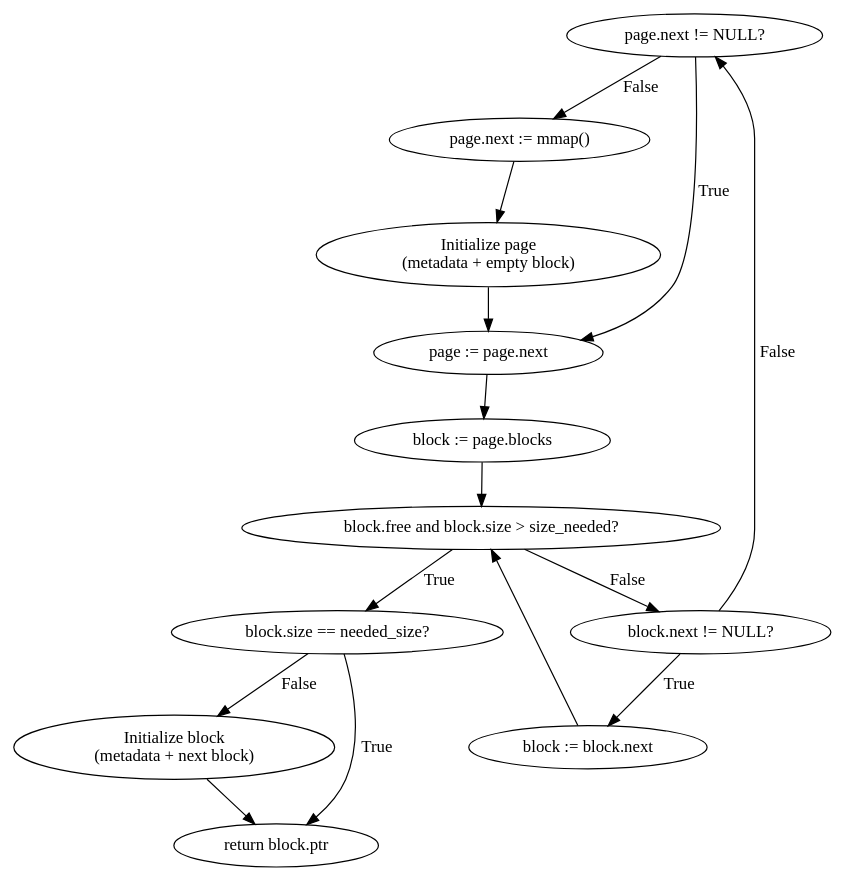
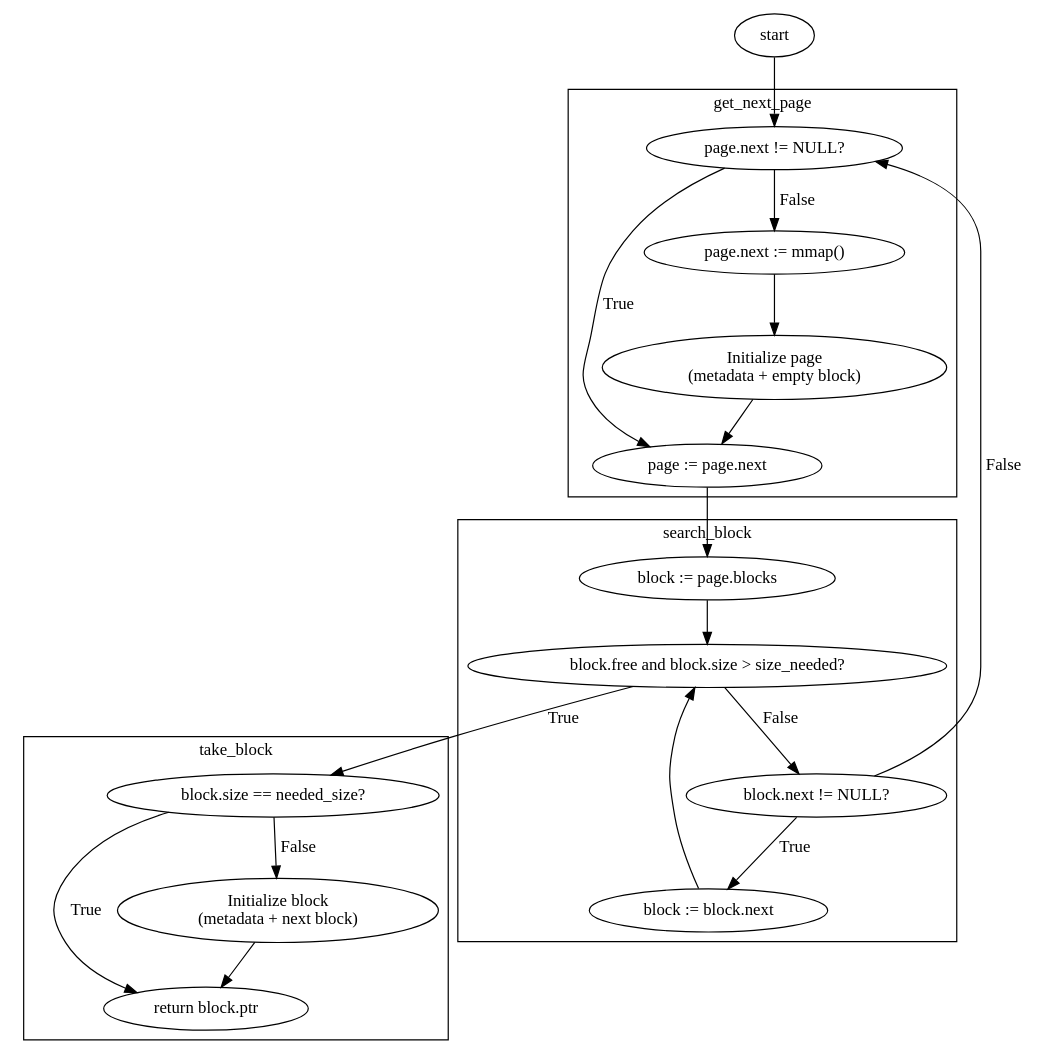
Before and after one commit to nootr/ilo: the diagram in docs/graphs/malloc.dot, drawn with Graphviz.

Commit message:
Update malloc flowchart

```diff
--- a/docs/graphs/malloc.dot
+++ b/docs/graphs/malloc.dot
@@ -1,36 +1,50 @@
 digraph malloc {
-    # Check if page exists
-    next_page [ label = "page.next != NULL?" ];
-    next_page -> mmap [ label = "False" ];
-    next_page -> progress_page [ label = "True" ];
+    start -> next_page;
 
-    # Create new page
-    mmap [ label = "page.next := mmap()" ];
-    mmap -> init_page;
-    init_page [ label = "Initialize page\n(metadata + empty block)" ];
-    init_page -> progress_page;
+    subgraph cluster_get_next_page {
+        label = "get_next_page";
 
-    # Search for suitable block
-    progress_page [ label = "page := page.next" ];
-    progress_page -> first_block;
-    first_block [ label = "block := page.blocks" ];
-    first_block -> fits;
+        # Check if page exists
+        next_page [ label = "page.next != NULL?" ];
+        next_page -> mmap [ label = "False" ];
+        next_page -> progress_page [ label = "True" ];
 
-    # Walk blocks
-    fits [ label = "block.free and block.size > size_needed?" ];
-    fits -> next_block [ label = "False" ];
-    fits -> perfect_fit [ label = "True" ];
-    next_block [ label = "block.next != NULL?" ];
-    next_block -> next_page [ label = "False" ];
-    next_block -> progress_block [ label = "True" ];
-    progress_block [ label = "block := block.next" ];
-    progress_block -> fits;
+        # Create new page
+        mmap [ label = "page.next := mmap()" ];
+        mmap -> init_page;
+        init_page [ label = "Initialize page\n(metadata + empty block)" ];
+        init_page -> progress_page;
+    }
 
-    # Occupy block
-    perfect_fit [ label = "block.size == needed_size?"];
-    perfect_fit -> return_block [ label = "True" ];
-    perfect_fit -> init_block [ label = "False" ];
-    return_block [ label = "return block.ptr" ];
-    init_block [ label = "Initialize block\n(metadata + next block)" ];
-    init_block -> return_block;
+    subgraph cluster_search_block {
+        label = "search_block";
+
+        # Search for suitable block
+        progress_page [ label = "page := page.next" ];
+        progress_page -> first_block;
+        first_block [ label = "block := page.blocks" ];
+        first_block -> fits;
+
+        # Walk blocks
+        fits [ label = "block.free and block.size > size_needed?" ];
+        fits -> next_block [ label = "False" ];
+        next_block [ label = "block.next != NULL?" ];
+        next_block -> next_page [ label = "False" ];
+        next_block -> progress_block [ label = "True" ];
+        progress_block [ label = "block := block.next" ];
+        progress_block -> fits;
+    }
+
+    subgraph cluster_take_block {
+        label = "take_block";
+
+        # Occupy block
+        fits -> perfect_fit [ label = "True" ];
+        perfect_fit [ label = "block.size == needed_size?"];
+        perfect_fit -> return_block [ label = "True" ];
+        perfect_fit -> init_block [ label = "False" ];
+        return_block [ label = "return block.ptr" ];
+        init_block [ label = "Initialize block\n(metadata + next block)" ];
+        init_block -> return_block;
+    }
 }
```
